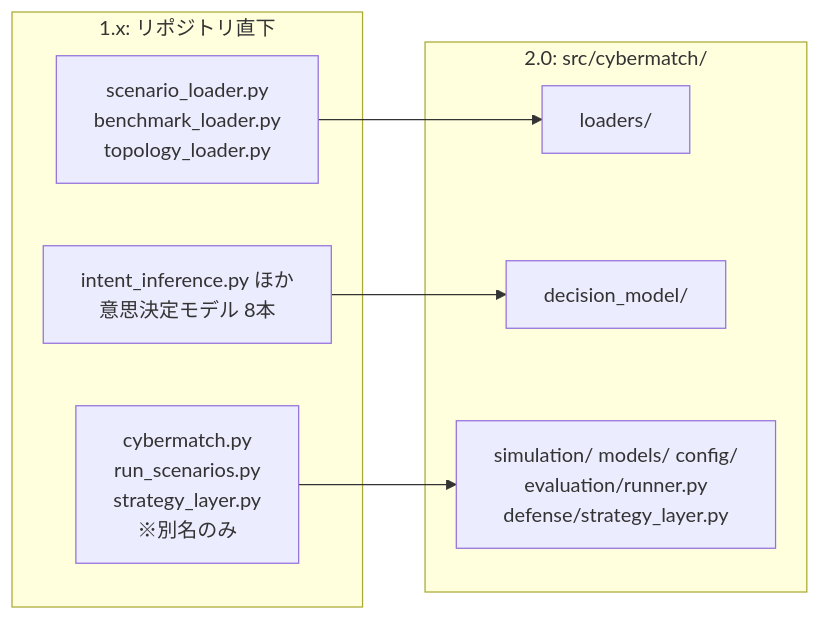
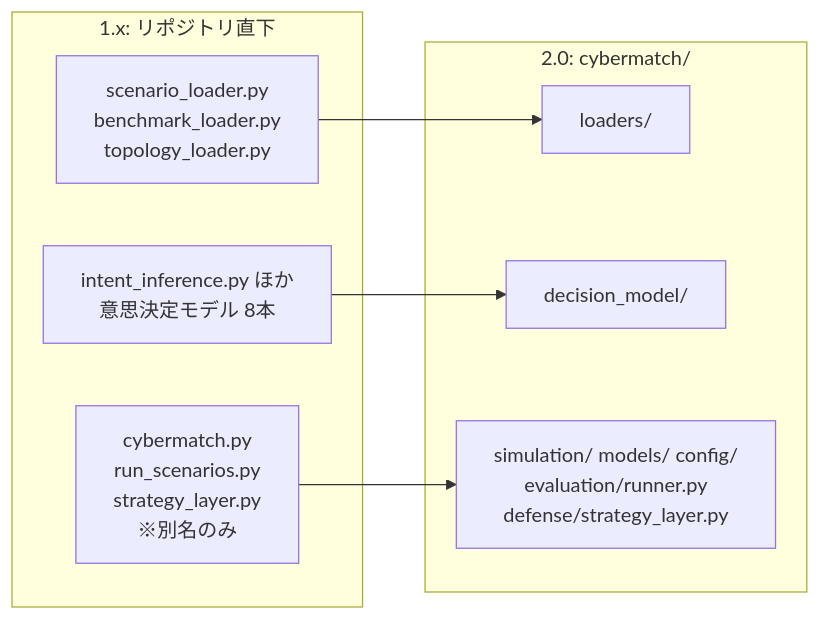
Before and after one commit to buildko89/cybermatch-framework: the second of 2 diagrams in docs/06_public_api.md, drawn with Mermaid. The commit also changed other lines of this file and 243 other files, not shown here.

First line of the commit message:
refactor!: rename the implementation package from src.cybermatch to cybermatch

````diff
--- a/docs/06_public_api.md
+++ b/docs/06_public_api.md
@@ -54,16 +54,16 @@
 ```mermaid
 flowchart LR
     subgraph Old["1.x: リポジトリ直下"]
         O1[scenario_loader.py<br/>benchmark_loader.py<br/>topology_loader.py]
         O2[intent_inference.py ほか<br/>意思決定モデル 8本]
         O3[cybermatch.py<br/>run_scenarios.py<br/>strategy_layer.py<br/>※別名のみ]
     end
-    subgraph New["2.0: src/cybermatch/"]
+    subgraph New["2.0: cybermatch/"]
         N1[loaders/]
         N2[decision_model/]
         N3[simulation/ models/ config/<br/>evaluation/runner.py<br/>defense/strategy_layer.py]
     end
     O1 --> N1
     O2 --> N2
     O3 --> N3
 ```
````
